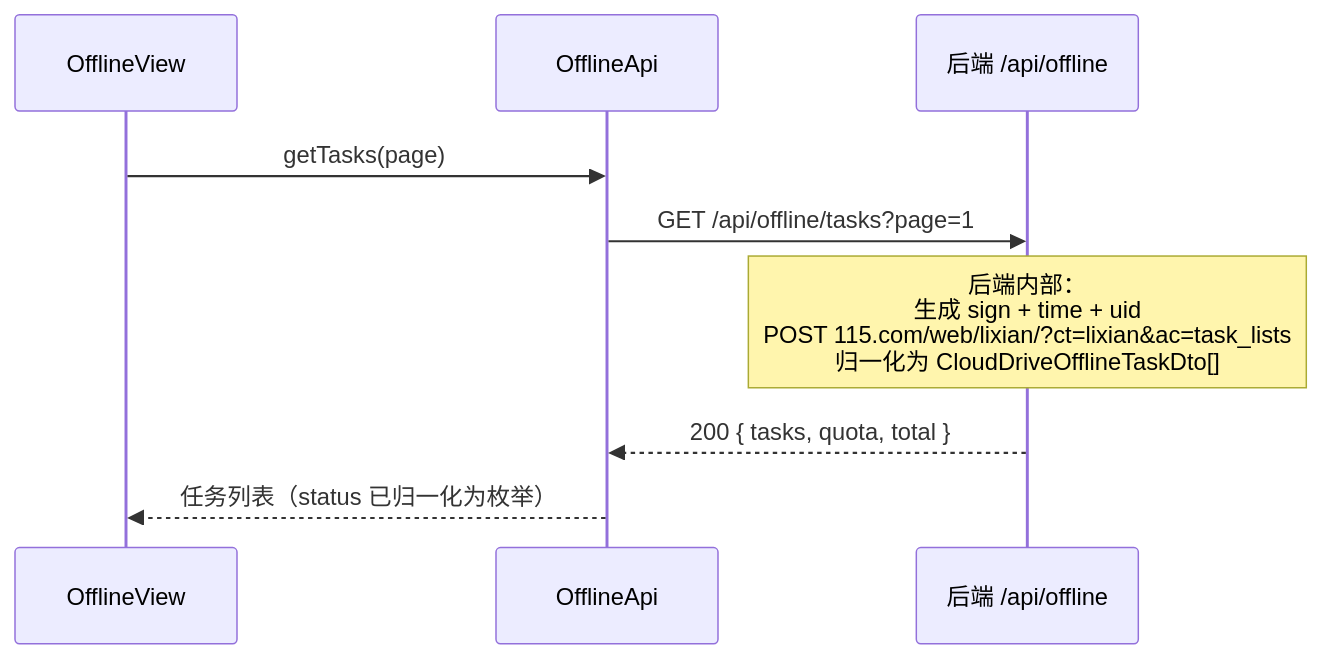
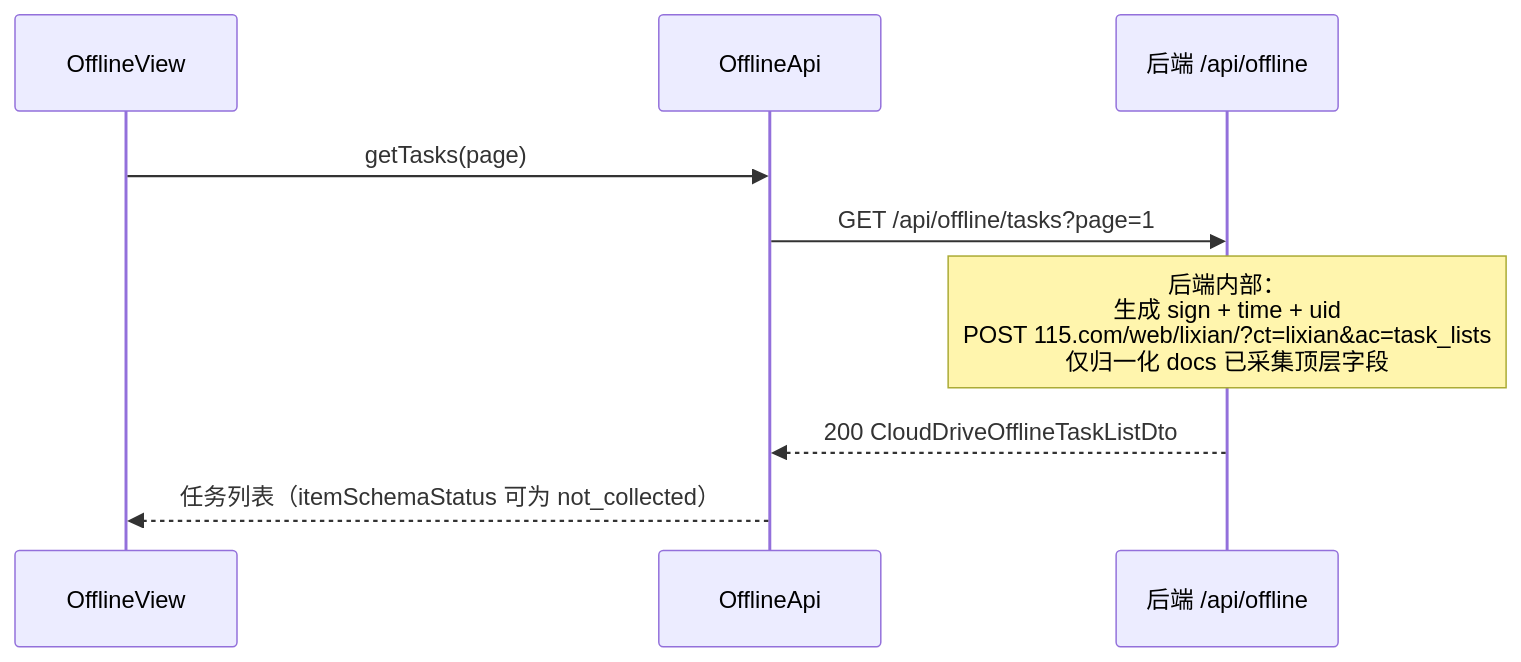
Before and after one commit to sun-1221/CloudDrive_115: the sixth of 8 diagrams in .kiro/specs/115-cloud-drive-frontend/design.md, drawn with Mermaid. The commit also changed other lines of this file and 5 other files, not shown here.

````diff
--- a/.kiro/specs/115-cloud-drive-frontend/design.md
+++ b/.kiro/specs/115-cloud-drive-frontend/design.md
@@ -732,12 +739,12 @@
 ```mermaid
 sequenceDiagram
     participant OfflineView
     participant OfflineApi
     participant Backend as 后端 /api/offline
 
     OfflineView->>OfflineApi: getTasks(page)
     OfflineApi->>Backend: GET /api/offline/tasks?page=1
-    Note over Backend: 后端内部：<br/>生成 sign + time + uid<br/>POST 115.com/web/lixian/?ct=lixian&ac=task_lists<br/>归一化为 CloudDriveOfflineTaskDto[]
-    Backend-->>OfflineApi: 200 { tasks, quota, total }
-    OfflineApi-->>OfflineView: 任务列表（status 已归一化为枚举）
+    Note over Backend: 后端内部：<br/>生成 sign + time + uid<br/>POST 115.com/web/lixian/?ct=lixian&ac=task_lists<br/>仅归一化 docs 已采集顶层字段
+    Backend-->>OfflineApi: 200 CloudDriveOfflineTaskListDto
+    OfflineApi-->>OfflineView: 任务列表（itemSchemaStatus 可为 not_collected）
 ```
````
